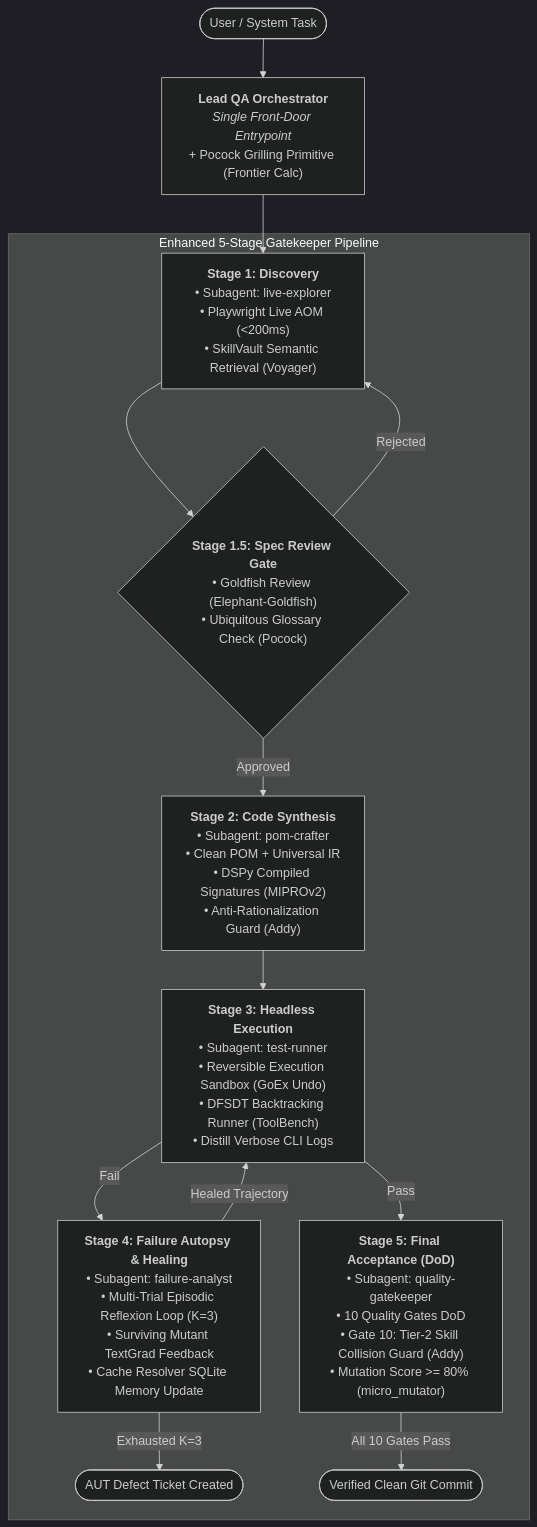
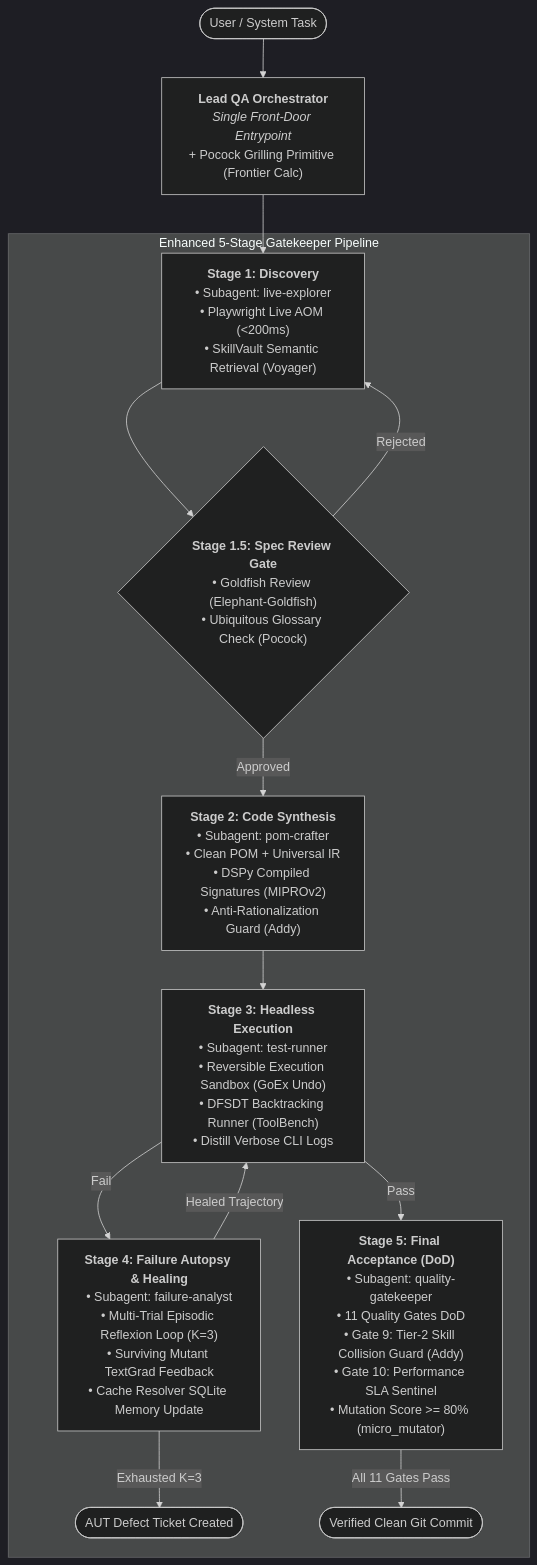
Before and after one commit to TeeVee98/Synapse-Hub: the first of 2 diagrams in docs/research/agent_skill_training_analysis.md, drawn with Mermaid (dark theme). The commit also changed other lines of this file and 103 other files, not shown here.

Commit message:
feat(perf): introduce Gate 10 Performance & SLA Sentinel and standardize 11 Quality Gates DoD

````diff
--- a/docs/research/agent_skill_training_analysis.md
+++ b/docs/research/agent_skill_training_analysis.md
@@ -977,30 +977,30 @@
 ```mermaid
 flowchart TD
     User([User / System Task]) --> Orchestrator["<b>Lead QA Orchestrator</b><br/><i>Single Front-Door Entrypoint</i><br/>+ Pocock Grilling Primitive (Frontier Calc)"]
     
     subgraph FSM["Enhanced 5-Stage Gatekeeper Pipeline"]
         Stage1["<b>Stage 1: Discovery</b><br/>• Subagent: live-explorer<br/>• Playwright Live AOM (<200ms)<br/>• SkillVault Semantic Retrieval (Voyager)"]
         
         Stage15{"<b>Stage 1.5: Spec Review Gate</b><br/>• Goldfish Review (Elephant-Goldfish)<br/>• Ubiquitous Glossary Check (Pocock)"}
         
         Stage2["<b>Stage 2: Code Synthesis</b><br/>• Subagent: pom-crafter<br/>• Clean POM + Universal IR<br/>• DSPy Compiled Signatures (MIPROv2)<br/>• Anti-Rationalization Guard (Addy)"]
         
         Stage3["<b>Stage 3: Headless Execution</b><br/>• Subagent: test-runner<br/>• Reversible Execution Sandbox (GoEx Undo)<br/>• DFSDT Backtracking Runner (ToolBench)<br/>• Distill Verbose CLI Logs"]
         
         Stage4["<b>Stage 4: Failure Autopsy & Healing</b><br/>• Subagent: failure-analyst<br/>• Multi-Trial Episodic Reflexion Loop (K=3)<br/>• Surviving Mutant TextGrad Feedback<br/>• Cache Resolver SQLite Memory Update"]
         
-        Stage5["<b>Stage 5: Final Acceptance (DoD)</b><br/>• Subagent: quality-gatekeeper<br/>• 10 Quality Gates DoD<br/>• Gate 10: Tier-2 Skill Collision Guard (Addy)<br/>• Mutation Score >= 80% (micro_mutator)"]
+        Stage5["<b>Stage 5: Final Acceptance (DoD)</b><br/>• Subagent: quality-gatekeeper<br/>• 11 Quality Gates DoD<br/>• Gate 9: Tier-2 Skill Collision Guard (Addy)<br/>• Gate 10: Performance SLA Sentinel<br/>• Mutation Score >= 80% (micro_mutator)"]
         
         Stage1 --> Stage15
         Stage15 -->|Approved| Stage2
         Stage15 -->|Rejected| Stage1
         Stage2 --> Stage3
         Stage3 -->|Pass| Stage5
         Stage3 -->|Fail| Stage4
         Stage4 -->|Healed Trajectory| Stage3
         Stage4 -->|Exhausted K=3| FailureReport([AUT Defect Ticket Created])
-        Stage5 -->|All 10 Gates Pass| VerifiedCommit([Verified Clean Git Commit])
+        Stage5 -->|All 11 Gates Pass| VerifiedCommit([Verified Clean Git Commit])
     end
 
     Orchestrator --> Stage1
 ```
````
